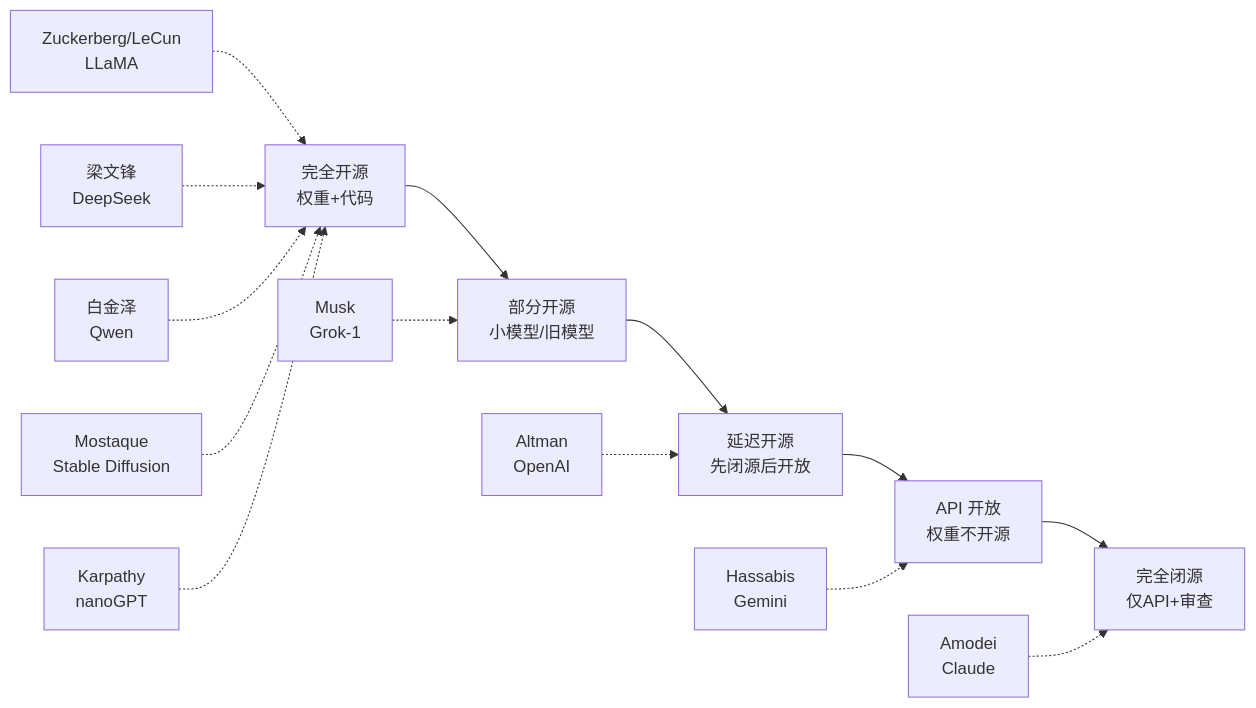
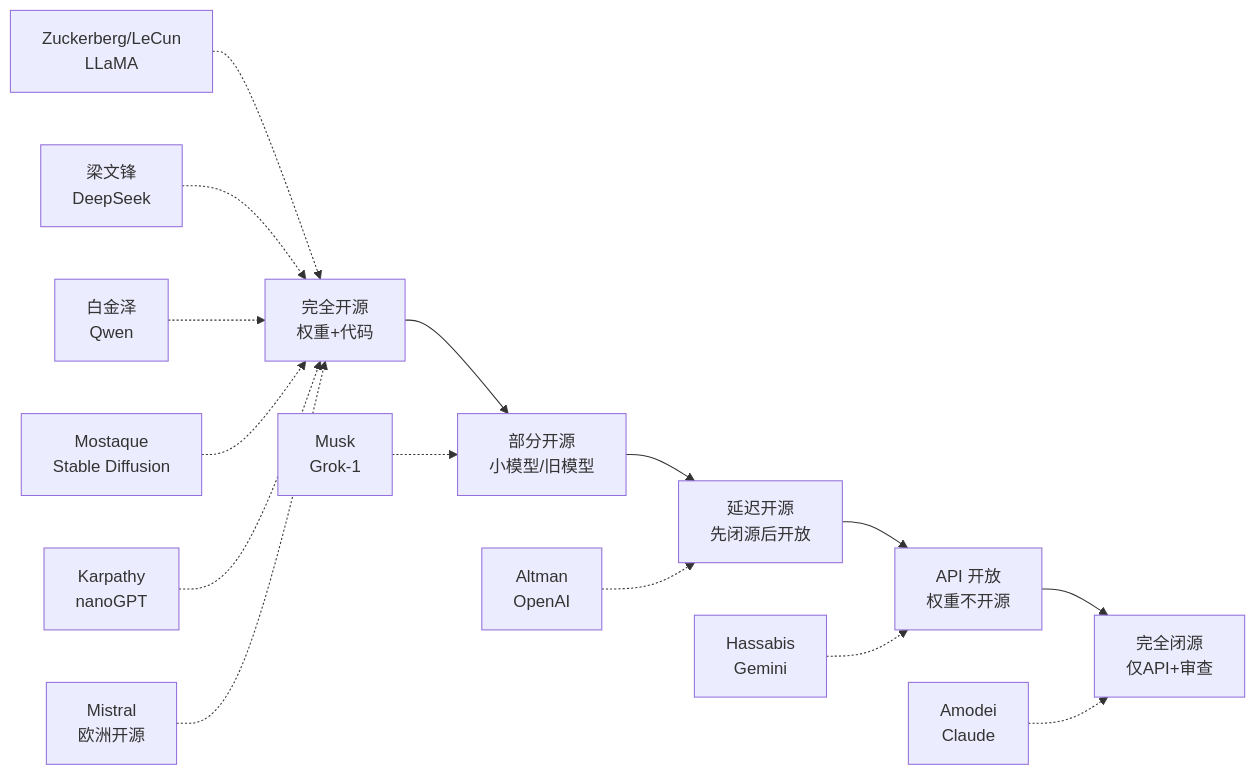
One commit to CloudManHQ/CloudMaster changed the diagram in 业界观点/Talks_Synthesis/Open_Source_vs_Closed_Source_AI_2026.md. Above: the diagram before and after it, drawn with Mermaid. The commit also changed other lines of this file and 116 other files, not shown here.

````diff
--- a/业界观点/Talks_Synthesis/Open_Source_vs_Closed_Source_AI_2026.md
+++ b/业界观点/Talks_Synthesis/Open_Source_vs_Closed_Source_AI_2026.md
@@ -107,17 +119,18 @@
 ```mermaid
 flowchart LR
     A[完全开源<br/>权重+代码] --> B[部分开源<br/>小模型/旧模型]
     B --> C[延迟开源<br/>先闭源后开放]
     C --> D[API 开放<br/>权重不开源]
     D --> E[完全闭源<br/>仅API+审查]
 
     Z1[Zuckerberg/LeCun<br/>LLaMA] -.-> A
     Z2[梁文锋<br/>DeepSeek] -.-> A
     Z3[白金泽<br/>Qwen] -.-> A
     Z4[Mostaque<br/>Stable Diffusion] -.-> A
     Z5[Karpathy<br/>nanoGPT] -.-> A
-    Z6[Musk<br/>Grok-1] -.-> B
-    Z7[Altman<br/>OpenAI] -.-> C
-    Z8[Hassabis<br/>Gemini] -.-> D
-    Z9[Amodei<br/>Claude] -.-> E
+    Z6[Mistral<br/>欧洲开源] -.-> A
+    Z7[Musk<br/>Grok-1] -.-> B
+    Z8[Altman<br/>OpenAI] -.-> C
+    Z9[Hassabis<br/>Gemini] -.-> D
+    Z10[Amodei<br/>Claude] -.-> E
 ```
````
